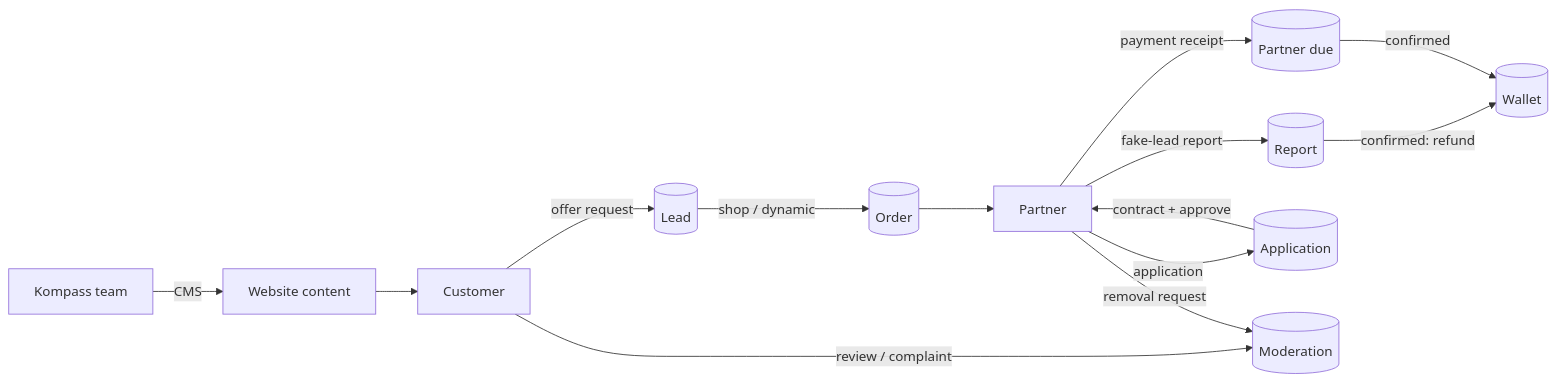
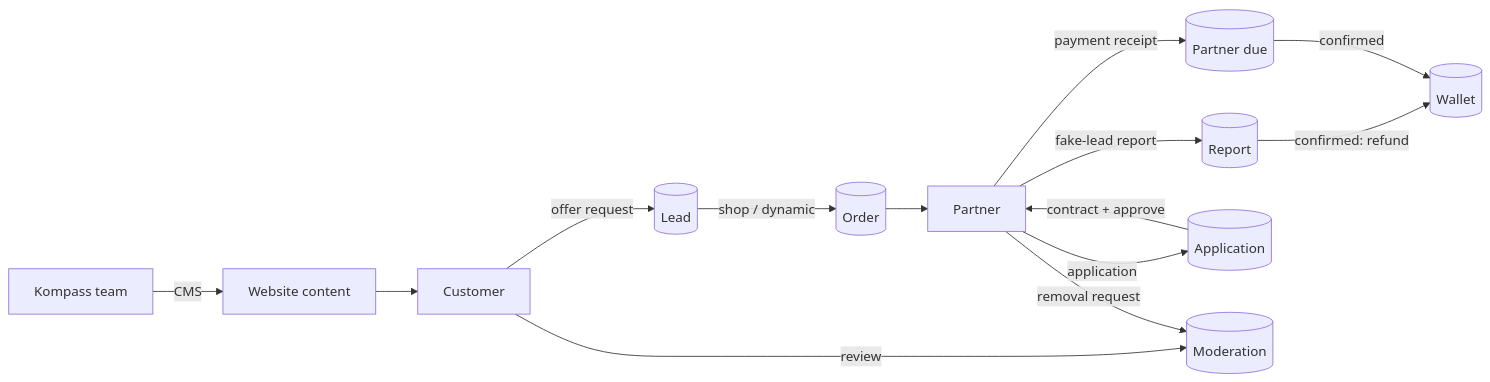
Before and after one commit to Manar-Elsayed/kompass-prototype: the diagram in docs/ecosystem.md, drawn with Mermaid. The commit also changed other lines of this file and 30 other files, not shown here.

````diff
--- a/docs/ecosystem.md
+++ b/docs/ecosystem.md
@@ -23,13 +23,13 @@
 ```mermaid
 flowchart LR
   C[Customer] -- offer request --> L[(Lead)]
   L -- shop / dynamic --> O[(Order)]
   O --> P[Partner]
   P -- fake-lead report --> FR[(Report)] -- confirmed: refund --> W[(Wallet)]
   P -- payment receipt --> D[(Partner due)] -- confirmed --> W
   P -- application --> A[(Application)] -- contract + approve --> P
-  C -- review / complaint --> M[(Moderation)]
+  C -- review --> M[(Moderation)]
   P -- removal request --> M
   K[Kompass team] -- CMS --> Site[Website content]
   Site --> C
 ```
````
